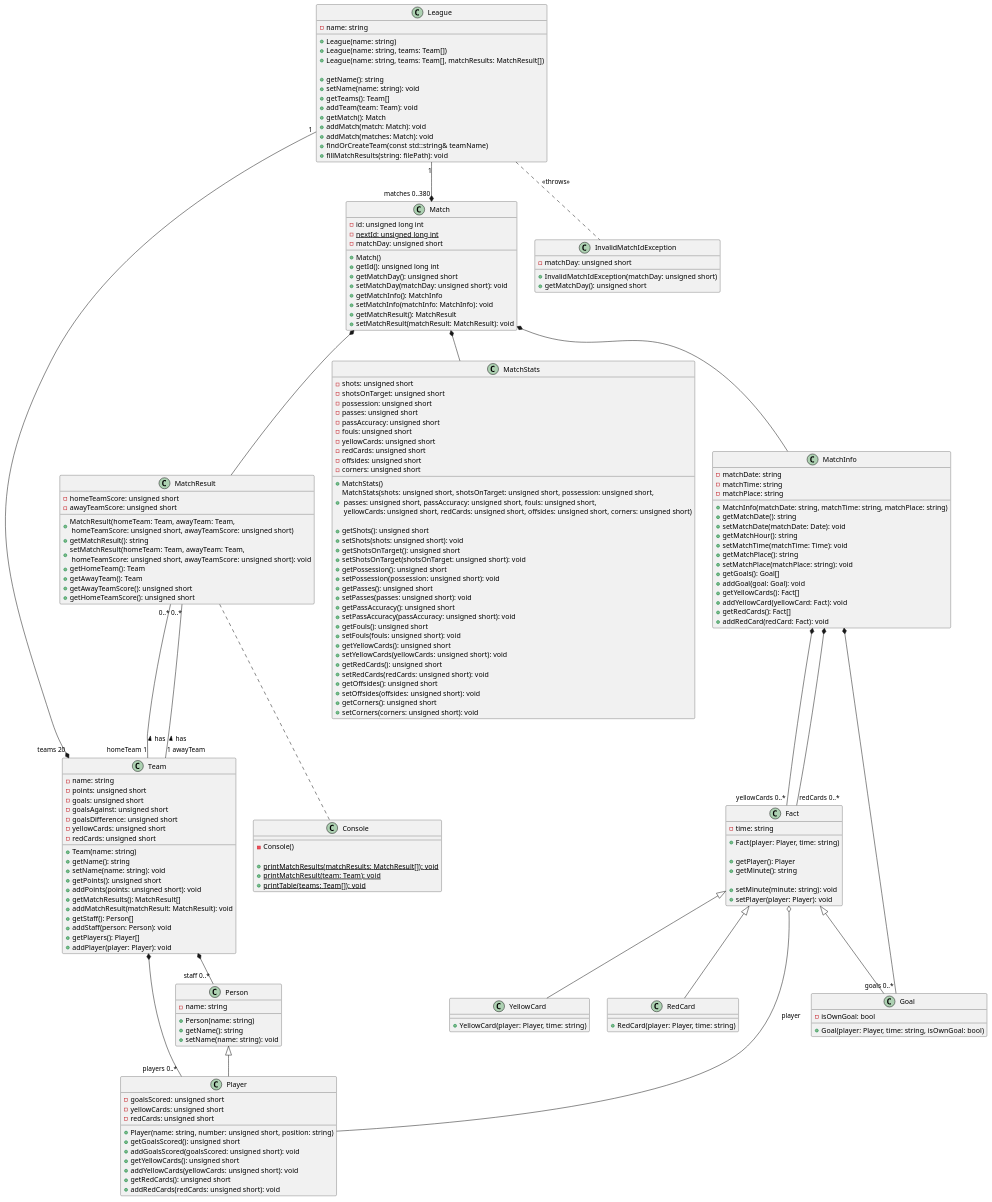
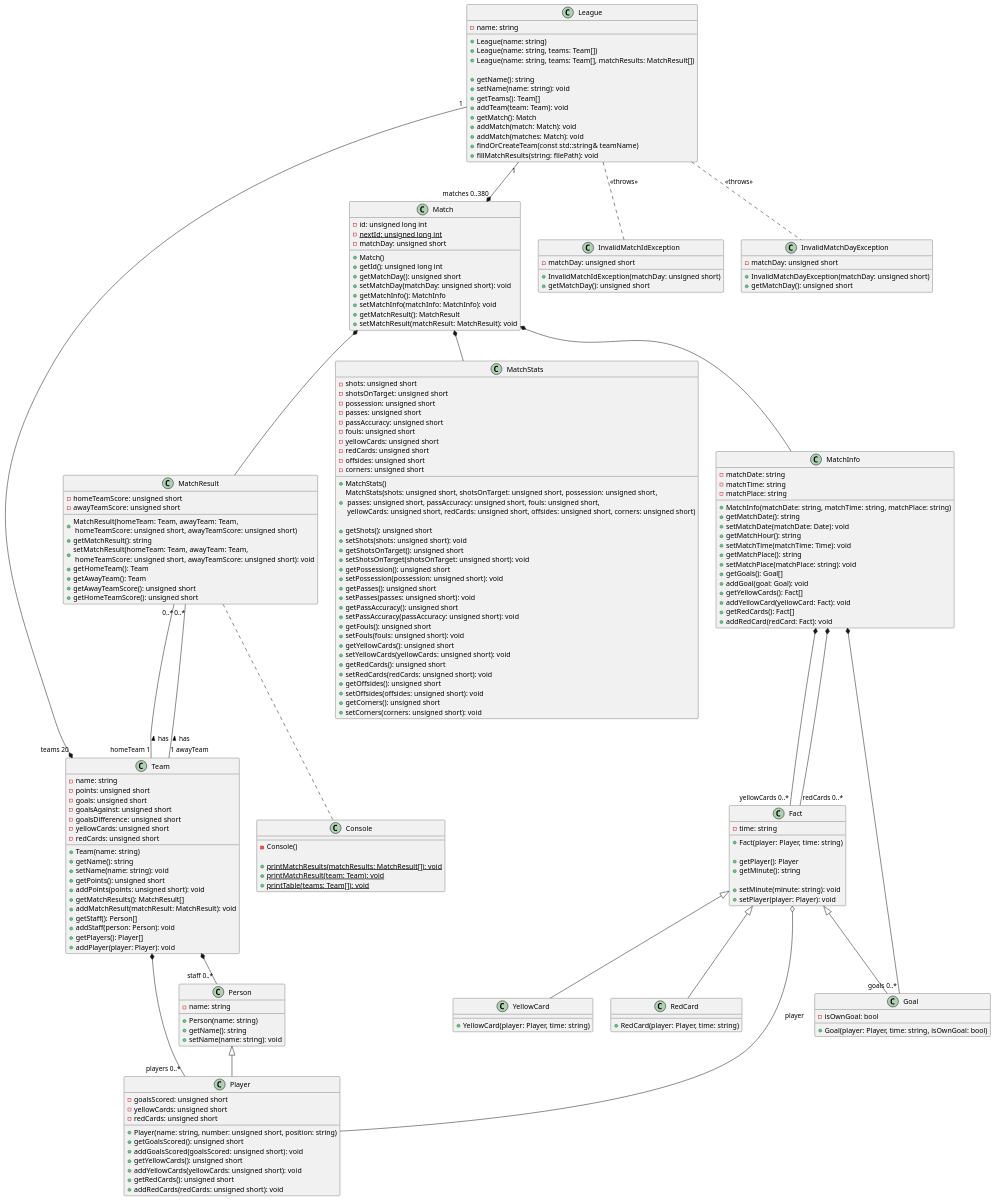
Before and after one commit to viniciusmioto/finta: the diagram in project/init-classes.puml, drawn with PlantUML. The commit also changed 33 other files, not shown here.

```diff
--- a/project/init-classes.puml
+++ b/project/init-classes.puml
@@ -188,6 +188,13 @@
   + getMatchDay(): unsigned short
 }
 
+class InvalidMatchDayException {
+  - matchDay: unsigned short
+
+  + InvalidMatchDayException(matchDay: unsigned short)
+  + getMatchDay(): unsigned short
+}
+
 MatchInfo *-- "goals 0..*" Goal
 MatchInfo *-- "yellowCards 0..*" Fact 
 MatchInfo *-- "redCards 0..*" Fact 
@@ -201,6 +208,7 @@
 League "1" --* "teams 20" Team 
 League "1" --* "matches 0..380" Match 
 League .. InvalidMatchIdException : <<throws>>
+League .. InvalidMatchDayException : <<throws>>
 
 Person <|-- Player
 
```
